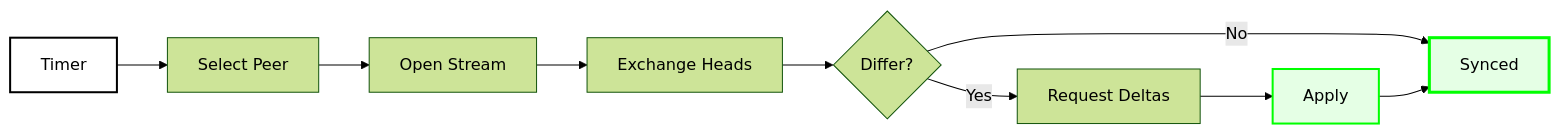
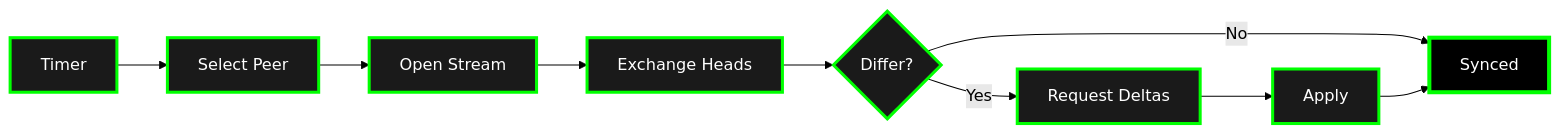
Before and after one commit to calimero-network/docs: the fourth of 6 diagrams in docs/core-concepts/architecture.md, drawn with Mermaid (forest theme). The commit also changed other lines of this file, not shown here.

First line of the commit message:
fix: Update all graphs to use dark fills with green borders for visibility

````diff
--- a/docs/core-concepts/architecture.md
+++ b/docs/core-concepts/architecture.md
@@ -76,15 +80,20 @@
 ```mermaid
 flowchart LR
     TIMER[Timer] --> PEER[Select Peer]
     PEER --> STREAM[Open Stream]
     STREAM --> HEADS[Exchange Heads]
     HEADS --> DIFF{Differ?}
     DIFF -->|Yes| REQUEST[Request Deltas]
     DIFF -->|No| SYNC[Synced]
     REQUEST --> APPLY2[Apply]
     APPLY2 --> SYNC
     
-    style TIMER fill:#ffffff,stroke:#000000,stroke-width:2px
-    style SYNC fill:#e5ffe5,stroke:#00ff00,stroke-width:3px
-    style APPLY2 fill:#e5ffe5,stroke:#00ff00,stroke-width:2px
+    style TIMER fill:#1a1a1a,stroke:#00ff00,stroke-width:3px,color:#ffffff
+    style PEER fill:#1a1a1a,stroke:#00ff00,stroke-width:3px,color:#ffffff
+    style STREAM fill:#1a1a1a,stroke:#00ff00,stroke-width:3px,color:#ffffff
+    style HEADS fill:#1a1a1a,stroke:#00ff00,stroke-width:3px,color:#ffffff
+    style DIFF fill:#1a1a1a,stroke:#00ff00,stroke-width:3px,color:#ffffff
+    style REQUEST fill:#1a1a1a,stroke:#00ff00,stroke-width:3px,color:#ffffff
+    style APPLY2 fill:#1a1a1a,stroke:#00ff00,stroke-width:3px,color:#ffffff
+    style SYNC fill:#000000,stroke:#00ff00,stroke-width:4px,color:#ffffff
 ```
````
